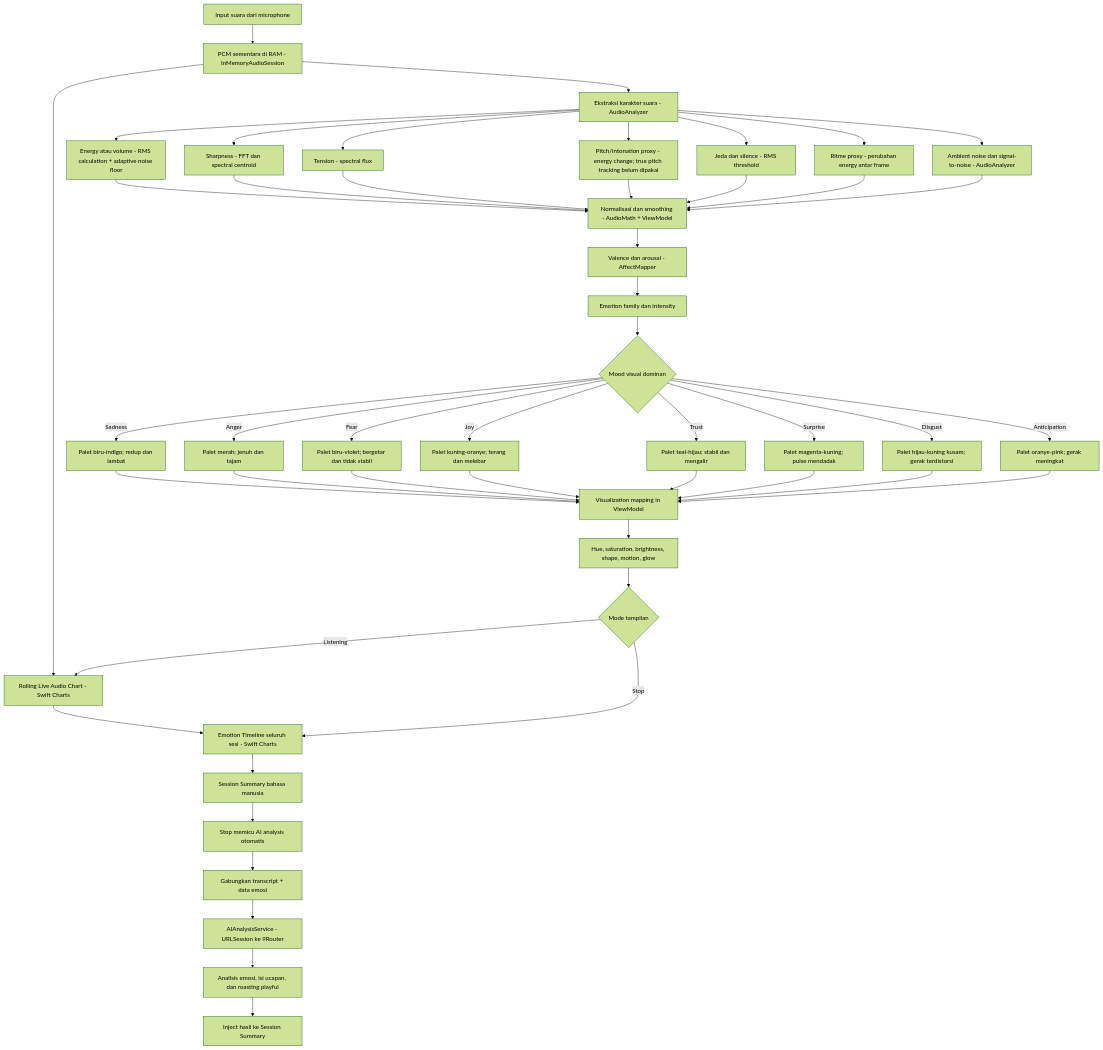
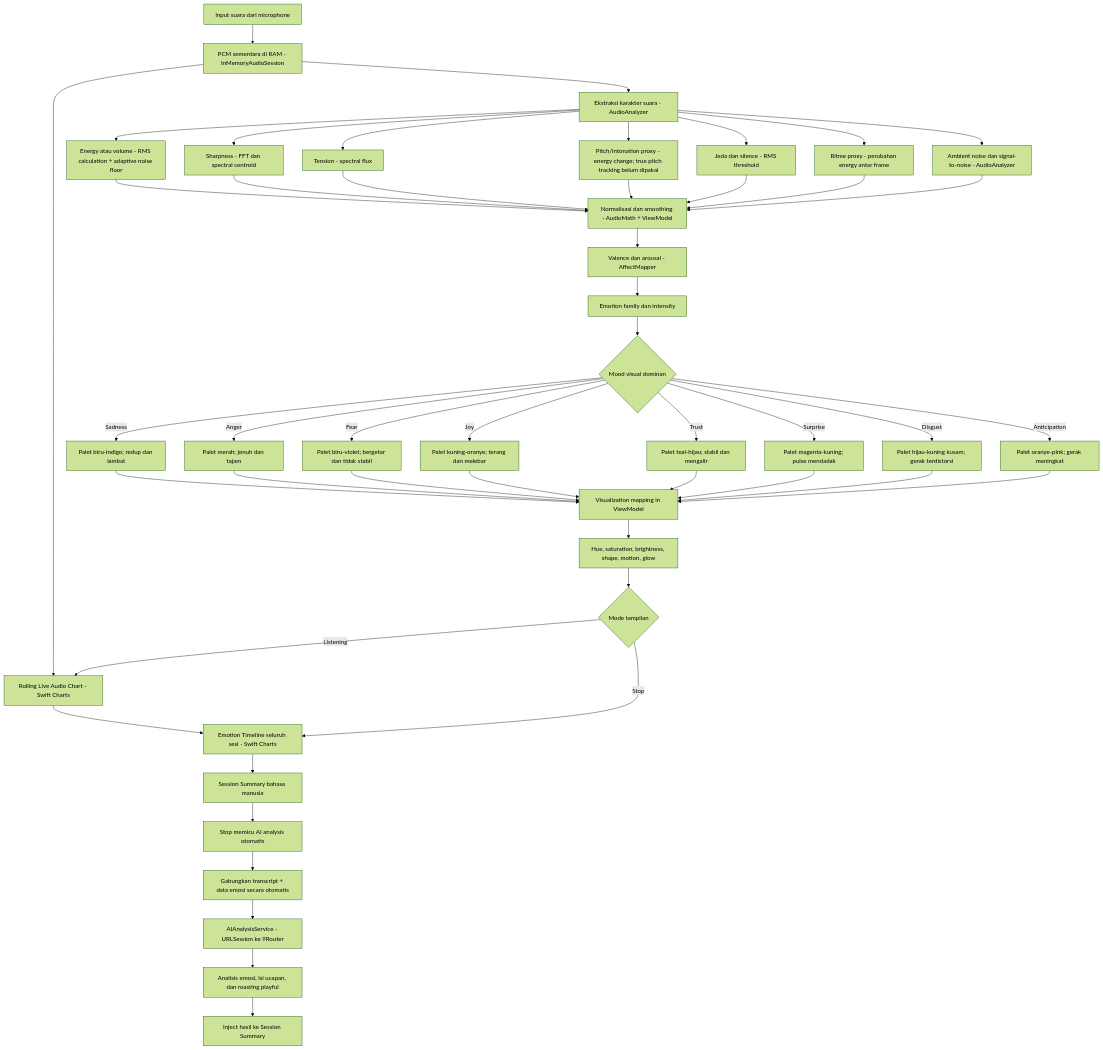
One commit to nunutech40/ConvertAudioToColor changed the first of 2 diagrams in audio-to-emotion-flowcharts.md. Above: the diagram before and after it, drawn with Mermaid (forest theme). The commit also changed other lines of this file and 2 other files, not shown here.

````diff
--- a/audio-to-emotion-flowcharts.md
+++ b/audio-to-emotion-flowcharts.md
@@ -7,56 +7,56 @@
 ```mermaid
 flowchart TD
     A[Input suara dari microphone] --> B[PCM sementara di RAM - InMemoryAudioSession]
     B --> C[Ekstraksi karakter suara - AudioAnalyzer]
     B --> Z[Replay lokal - AudioReplayService dan AVAudioPlayerNode]
     Z --> AA[Suara diputar ke speaker]
 
     C --> D[Energy atau volume - RMS calculation + adaptive noise floor]
     C --> E[Sharpness - FFT dan spectral centroid]
     C --> F[Tension - spectral flux]
     C --> G[Pitch/intonation proxy - energy change; true pitch tracking belum dipakai]
     C --> H[Jeda dan silence - RMS threshold]
     C --> I[Ritme proxy - perubahan energy antar frame]
     C --> J[Ambient noise dan signal-to-noise - AudioAnalyzer]
 
     D --> K[Normalisasi dan smoothing - AudioMath + ViewModel]
     E --> K
     F --> K
     G --> K
     H --> K
     I --> K
     J --> K
 
     K --> L[Valence dan arousal - AffectMapper]
     L --> M[Emotion family dan intensity]
 
     M --> N{Mood visual dominan}
     N -- Sadness --> O[Palet biru-indigo; redup dan lambat]
     N -- Anger --> P[Palet merah; jenuh dan tajam]
     N -- Fear --> Q[Palet biru-violet; bergetar dan tidak stabil]
     N -- Joy --> R[Palet kuning-oranye; terang dan melebar]
     N -- Trust --> S[Palet teal-hijau; stabil dan mengalir]
     N -- Surprise --> T[Palet magenta-kuning; pulse mendadak]
     N -- Disgust --> U[Palet hijau-kuning kusam; gerak terdistorsi]
     N -- Anticipation --> V[Palet oranye-pink; gerak meningkat]
 
     O --> W[Visualization mapping in ViewModel]
     P --> W
     Q --> W
     R --> W
     S --> W
     T --> W
     U --> W
     V --> W
 
     W --> X[Hue, saturation, brightness, shape, motion, glow]
     X --> Y{Mode tampilan}
     Y -- Listening --> Z[Rolling Live Audio Chart - Swift Charts]
     Y -- Stop --> AA[Emotion Timeline seluruh sesi - Swift Charts]
     AA --> AB[Session Summary bahasa manusia]
     AB --> AC[Stop memicu AI analysis otomatis]
-    AC --> AD[Gabungkan transcript + data emosi]
+    AC --> AD[Gabungkan transcript + data emosi secara otomatis]
     AD --> AE[AIAnalysisService - URLSession ke 9Router]
     AE --> AF[Analisis emosi, isi ucapan, dan roasting playful]
     AF --> AG[Inject hasil ke Session Summary]
 ```
````
